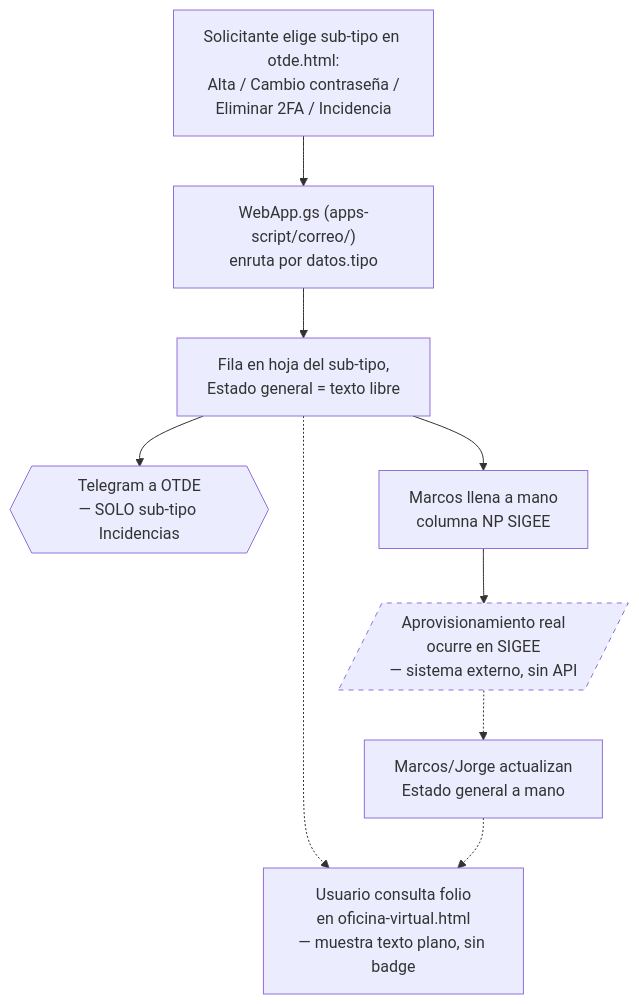
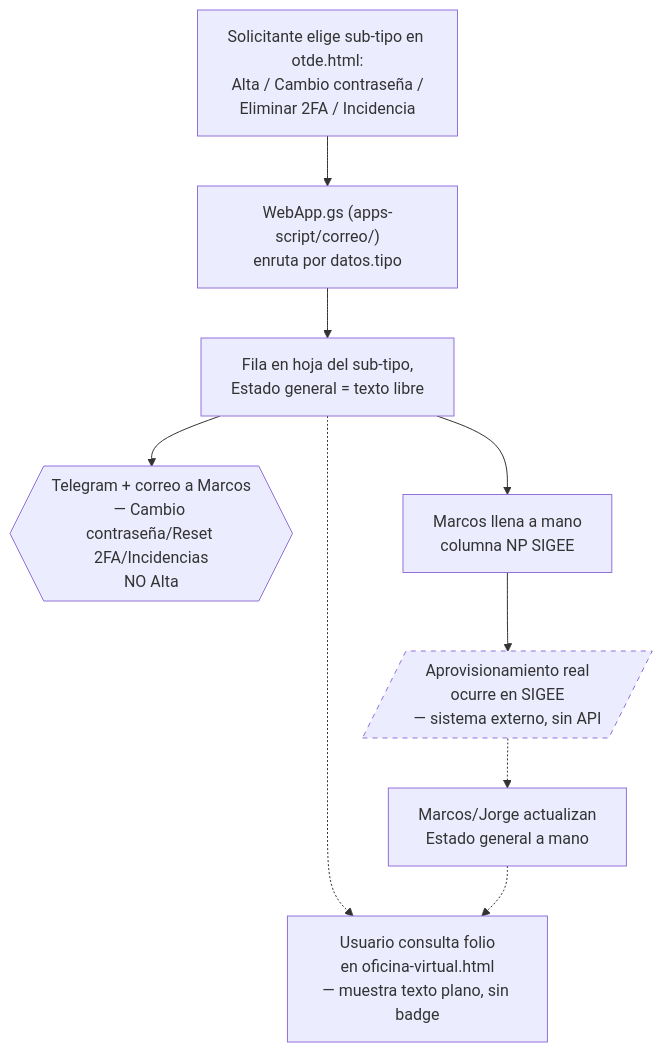
The fourth of 5 diagrams in docs/ARCHITECTURE.md (educaneza/seprn-sitio), drawn with Mermaid before and after one commit. The commit also changed other lines of this file and 3 other files, not shown here.

````diff
--- a/docs/ARCHITECTURE.md
+++ b/docs/ARCHITECTURE.md
@@ -1371,21 +1372,21 @@
 ```mermaid
 flowchart TD
     A[Solicitante elige sub-tipo en otde.html:<br/>Alta / Cambio contraseña /<br/>Eliminar 2FA / Incidencia]
     B["WebApp.gs (apps-script/correo/)<br/>enruta por datos.tipo"]
     C[Fila en hoja del sub-tipo,<br/>Estado general = texto libre]
-    D{{Telegram a OTDE<br/>— SOLO sub-tipo Incidencias}}
+    D{{Telegram + correo a Marcos<br/>— Cambio contraseña/Reset 2FA/Incidencias<br/>NO Alta}}
     E[Marcos llena a mano<br/>columna NP SIGEE]
     F[/Aprovisionamiento real<br/>ocurre en SIGEE<br/>— sistema externo, sin API/]
     G[Marcos/Jorge actualizan<br/>Estado general a mano]
     H[Usuario consulta folio<br/>en oficina-virtual.html<br/>— muestra texto plano, sin badge]
 
     A --> B --> C
     C --> D
     C --> E --> F
     F -.-> G
     C -.-> H
     G -.-> H
 
     classDef externo stroke-dasharray: 5 5
     class F externo
 ```
````
